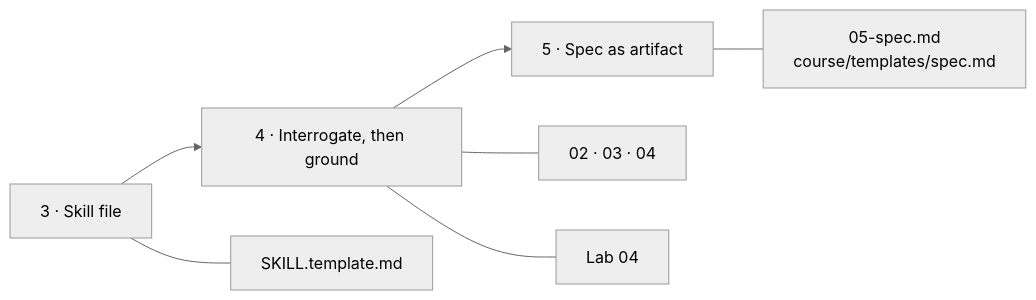
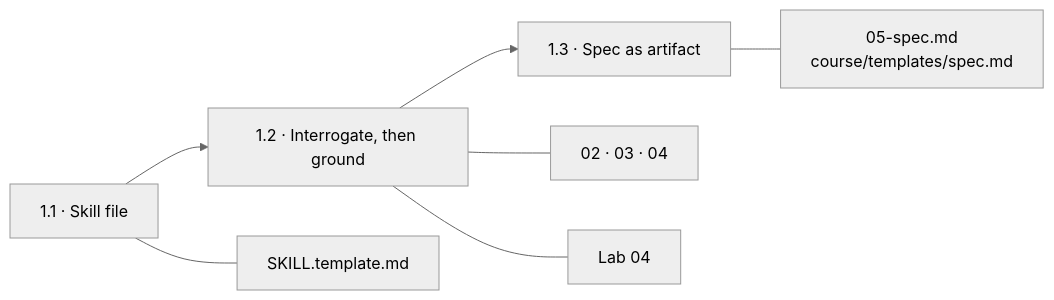
The fifth of 9 diagrams in course/guide.md (limsijie93/tt-masterclass-agentic-sdlc), drawn with Mermaid (neutral theme) before and after one commit. The commit also changed other lines of this file and 28 other files, not shown here.

````diff
--- a/course/guide.md
+++ b/course/guide.md
@@ -110,8 +136,8 @@
 ```mermaid
 flowchart LR
-    l3["3 · Skill file"] --> l4["4 · Interrogate, then ground"] --> l5["5 · Spec as artifact"]
+    l3["1.1 · Skill file"] --> l4["1.2 · Interrogate, then ground"] --> l5["1.3 · Spec as artifact"]
     l3 --- r3["SKILL.template.md"]
     l4 --- r4["02 · 03 · 04"]
     l4 --- d4["Lab 04"]
     l5 --- r5["05-spec.md<br/>course/templates/spec.md"]
 ```
````
